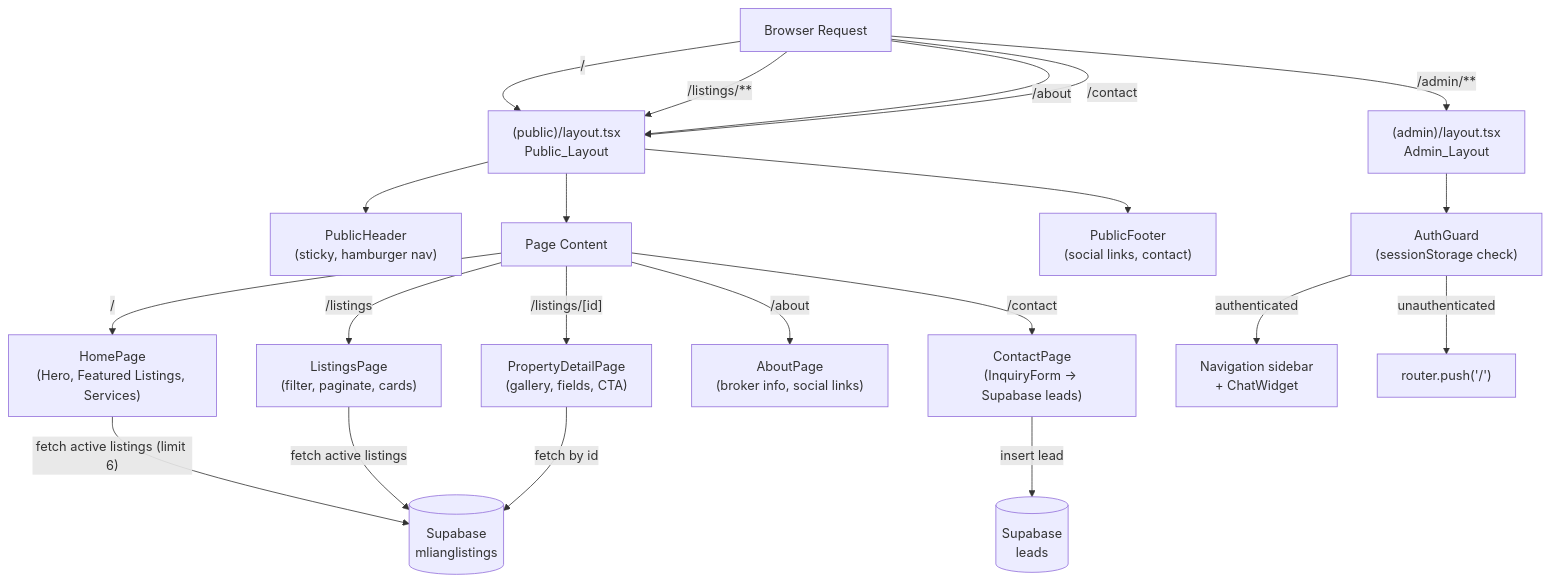
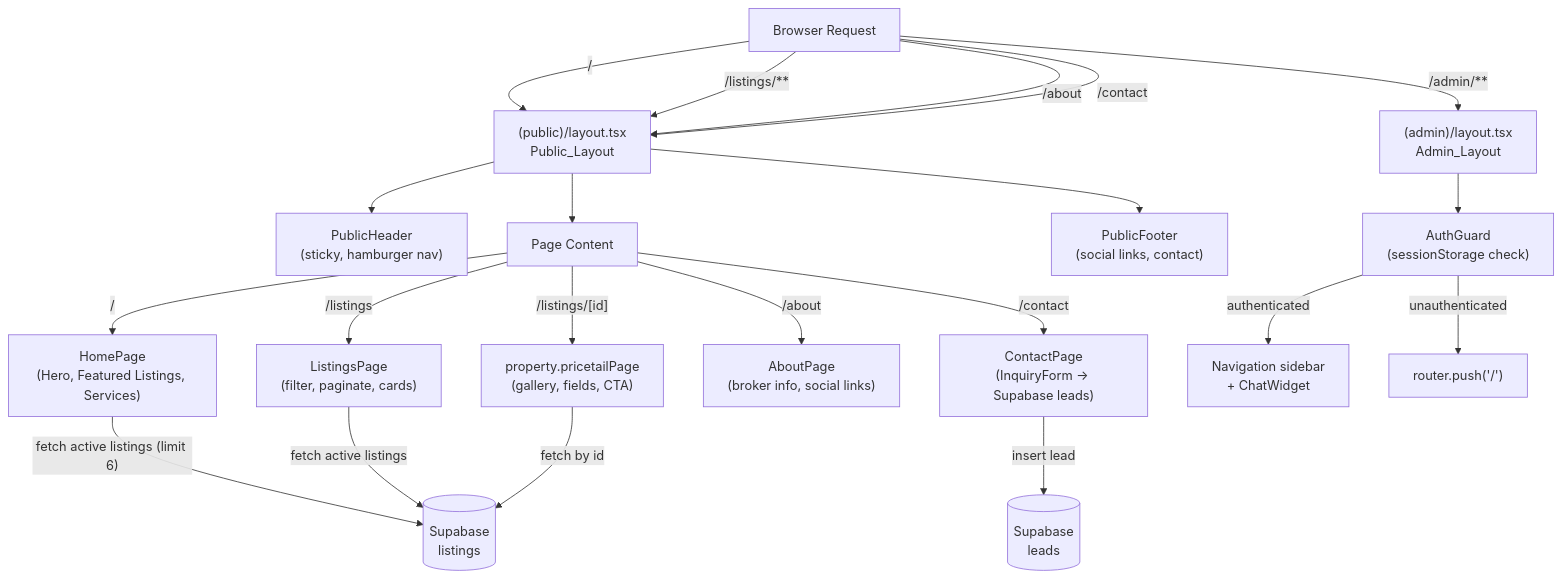
Before and after one commit to jdm-0126/mliangRealtyListings: the diagram in .kiro/specs/public-website/design.md, drawn with Mermaid. The commit also changed other lines of this file and 83 other files, not shown here.

````diff
--- a/.kiro/specs/public-website/design.md
+++ b/.kiro/specs/public-website/design.md
@@ -59,28 +59,28 @@
 ```mermaid
 graph TD
     Browser["Browser Request"]
     Browser --> |"/"|PubLayout["(public)/layout.tsx<br/>Public_Layout"]
     Browser --> |"/listings/**"|PubLayout
     Browser --> |"/about"|PubLayout
     Browser --> |"/contact"|PubLayout
     Browser --> |"/admin/**"|AdminLayout["(admin)/layout.tsx<br/>Admin_Layout"]
 
     PubLayout --> PublicHeader["PublicHeader<br/>(sticky, hamburger nav)"]
     PubLayout --> PageContent["Page Content"]
     PubLayout --> PublicFooter["PublicFooter<br/>(social links, contact)"]
 
     AdminLayout --> AuthGuard["AuthGuard<br/>(sessionStorage check)"]
     AuthGuard --> |authenticated| AdminNav["Navigation sidebar<br/>+ ChatWidget"]
     AuthGuard --> |unauthenticated| RedirectHome["router.push('/')"]
 
     PageContent --> |"/"| HomePage["HomePage<br/>(Hero, Featured Listings, Services)"]
     PageContent --> |"/listings"| ListingsPage["ListingsPage<br/>(filter, paginate, cards)"]
-    PageContent --> |"/listings/[id]"| DetailPage["PropertyDetailPage<br/>(gallery, fields, CTA)"]
+    PageContent --> |"/listings/[id]"| DetailPage["property.pricetailPage<br/>(gallery, fields, CTA)"]
     PageContent --> |"/about"| AboutPage["AboutPage<br/>(broker info, social links)"]
     PageContent --> |"/contact"| ContactPage["ContactPage<br/>(InquiryForm → Supabase leads)"]
 
-    HomePage --> |"fetch active listings (limit 6)"| Supabase[(Supabase<br/>mlianglistings)]
+    HomePage --> |"fetch active listings (limit 6)"| Supabase[(Supabase<br/>listings)]
     ListingsPage --> |"fetch active listings"| Supabase
     DetailPage --> |"fetch by id"| Supabase
     ContactPage --> |"insert lead"| SupabaseLeads[(Supabase<br/>leads)]
 ```
````
